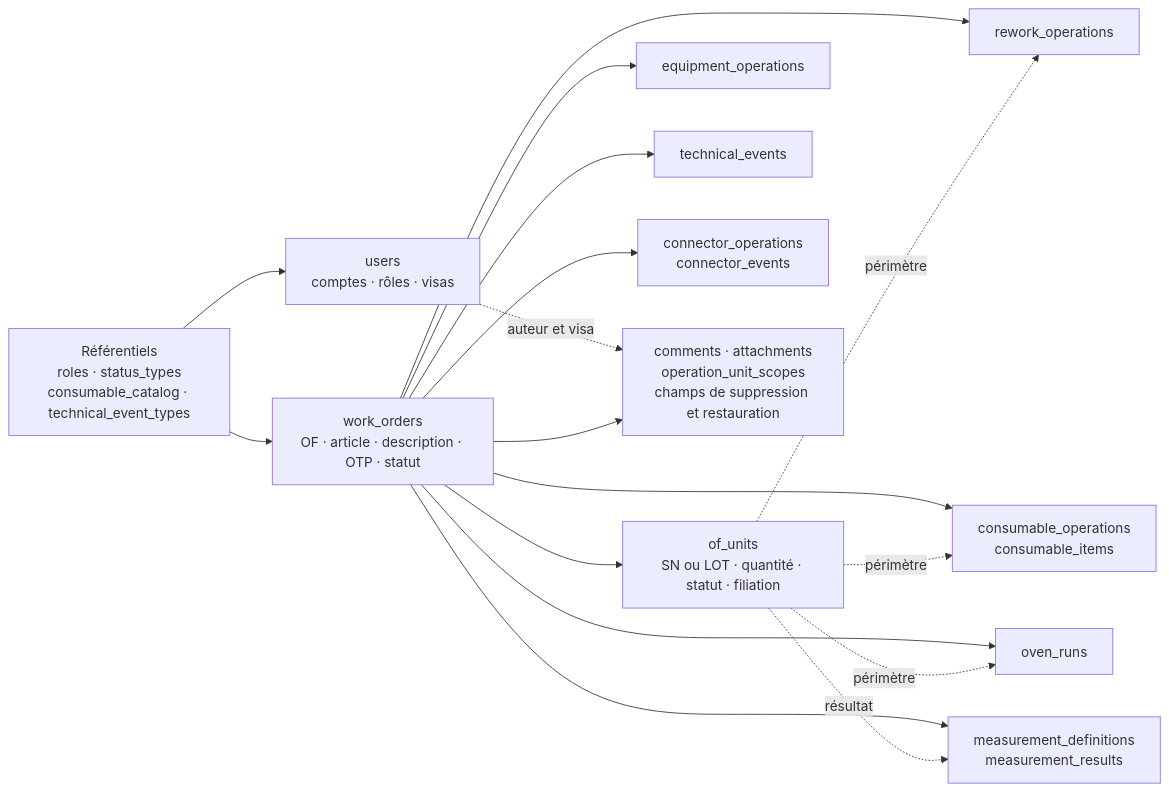
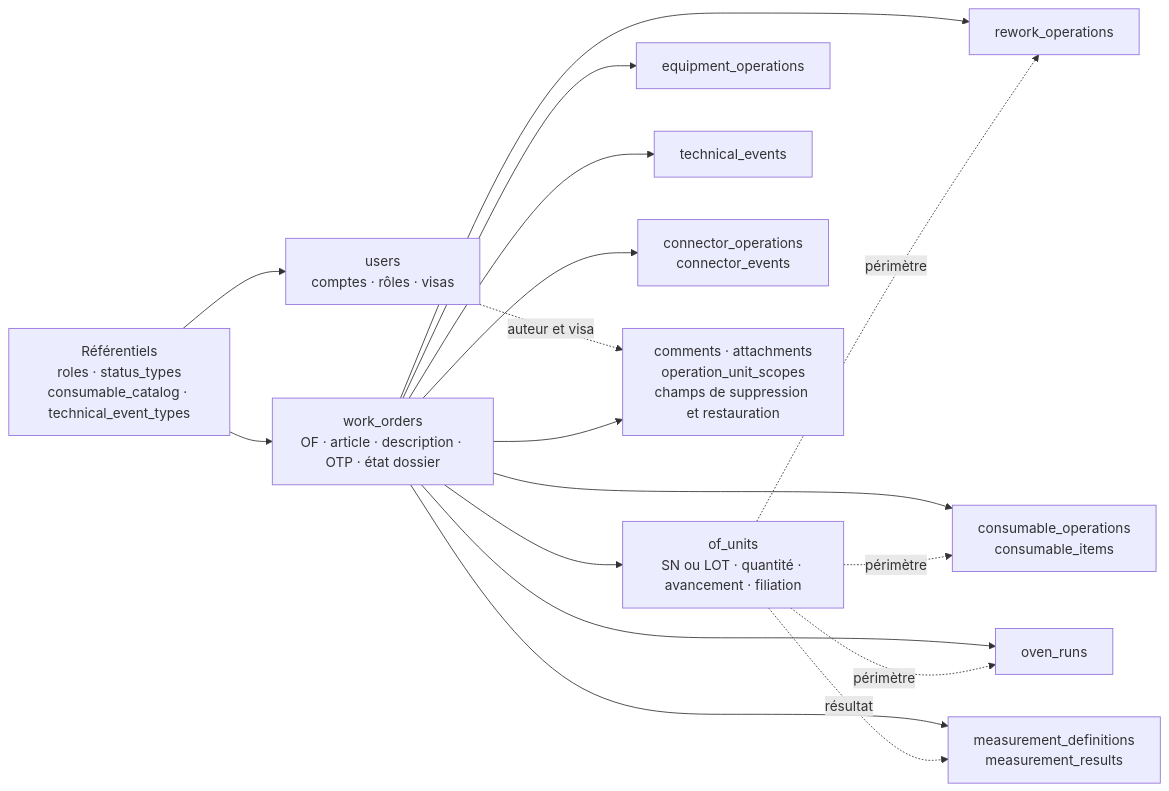
Before and after one commit to WhispererOfLights/SP-F001A: the diagram in DOCUMENTATION-COMPLETE.md, drawn with Mermaid. The commit also changed other lines of this file and 7 other files, not shown here.

Commit message:
Sépare l'avancement des pièces de l'état OF

````diff
--- a/DOCUMENTATION-COMPLETE.md
+++ b/DOCUMENTATION-COMPLETE.md
@@ -259,28 +263,28 @@
 ```mermaid
 flowchart LR
     REF[Référentiels<br/>roles · status_types<br/>consumable_catalog · technical_event_types]
     USERS[users<br/>comptes · rôles · visas]
-    OF[work_orders<br/>OF · article · description · OTP · statut]
-    UNIT[of_units<br/>SN ou LOT · quantité · statut · filiation]
+    OF[work_orders<br/>OF · article · description · OTP · état dossier]
+    UNIT[of_units<br/>SN ou LOT · quantité · avancement · filiation]
 
     OF --> UNIT
     REF --> USERS
     REF --> OF
 
     OF --> RW[rework_operations]
     OF --> CONSO[consumable_operations<br/>consumable_items]
     OF --> OVEN[oven_runs]
     OF --> EQUIP[equipment_operations]
     OF --> TECH[technical_events]
     OF --> MATING[connector_operations<br/>connector_events]
     OF --> MES[measurement_definitions<br/>measurement_results]
 
     UNIT -. périmètre .-> RW
     UNIT -. périmètre .-> CONSO
     UNIT -. périmètre .-> OVEN
     UNIT -. résultat .-> MES
 
     AUDIT[comments · attachments<br/>operation_unit_scopes<br/>champs de suppression et restauration]
     USERS -. auteur et visa .-> AUDIT
     OF --> AUDIT
 ```
````
